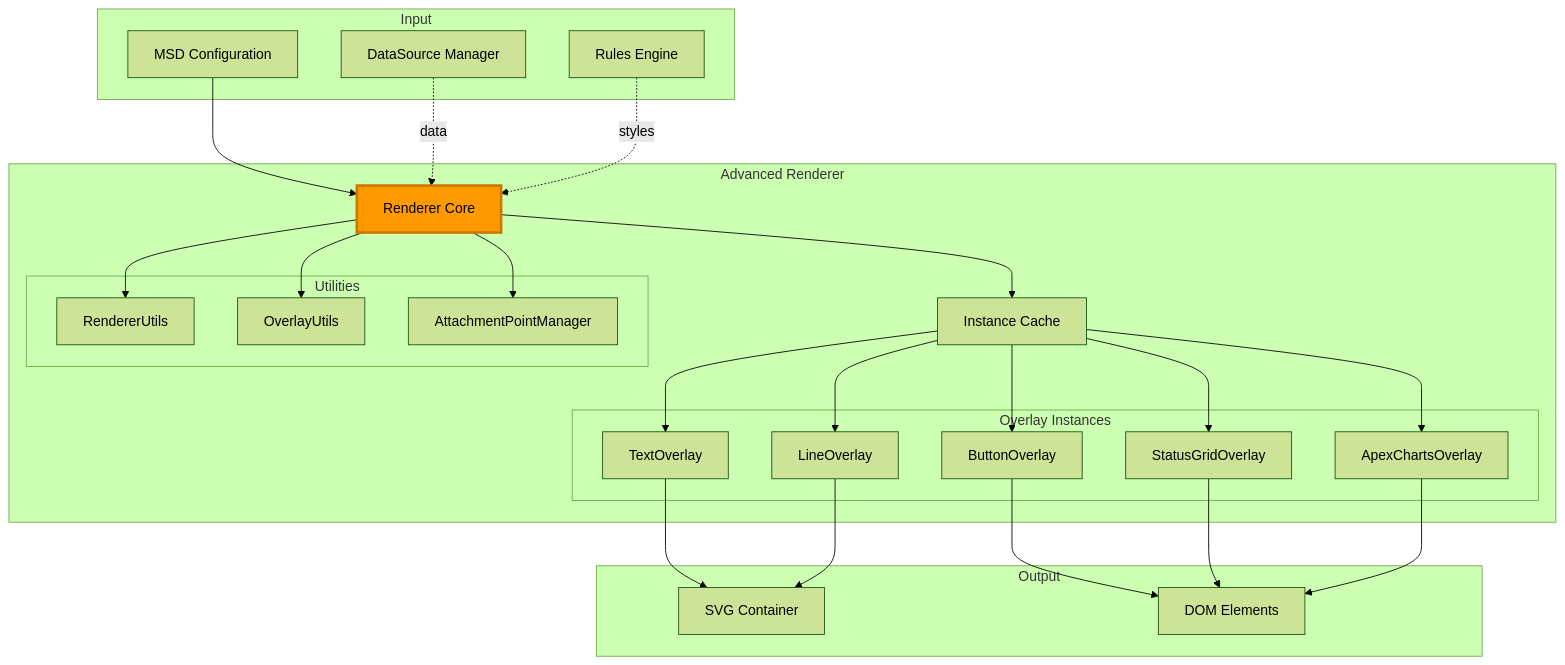
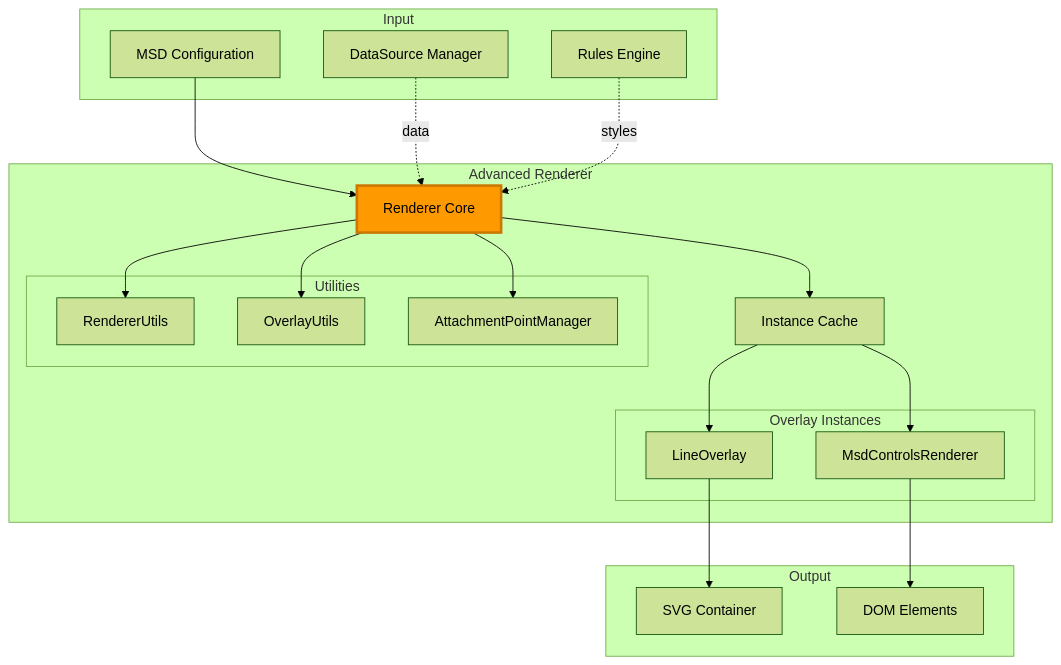
Before and after one commit to solhuebner/lcards: the first of 5 diagrams in doc/architecture/subsystems/advanced-renderer.md, drawn with Mermaid (forest theme). The commit also changed other lines of this file and 6 other files, not shown here.

First line of the commit message:
Update core documentation files to reflect architecture refactor

````diff
--- a/doc/architecture/subsystems/advanced-renderer.md
+++ b/doc/architecture/subsystems/advanced-renderer.md
@@ -54,55 +53,46 @@
 ```mermaid
 graph TB
     subgraph "Input"
         Config[MSD Configuration]
         DSM[DataSource Manager]
         RE[Rules Engine]
     end
 
     subgraph "Advanced Renderer"
         AR[Renderer Core]
         Cache[Instance Cache]
 
         subgraph "Overlay Instances"
-            TO[TextOverlay]
-            BO[ButtonOverlay]
             LO[LineOverlay]
-            SG[StatusGridOverlay]
-            AC[ApexChartsOverlay]
+            MCR[MsdControlsRenderer]
         end
 
         subgraph "Utilities"
             RU[RendererUtils]
             OU[OverlayUtils]
             APM[AttachmentPointManager]
         end
     end
 
     subgraph "Output"
         SVG[SVG Container]
         DOM[DOM Elements]
     end
 
     Config --> AR
     DSM -.data.-> AR
     RE -.styles.-> AR
 
     AR --> Cache
-    Cache --> TO
-    Cache --> BO
     Cache --> LO
-    Cache --> SG
-    Cache --> AC
+    Cache --> MCR
 
     AR --> RU
     AR --> OU
     AR --> APM
 
-    TO --> SVG
-    BO --> DOM
     LO --> SVG
-    SG --> DOM
-    AC --> DOM
+    MCR --> DOM
 
     style AR fill:#ff9900,stroke:#cc7700,stroke-width:3px
 ```
````
